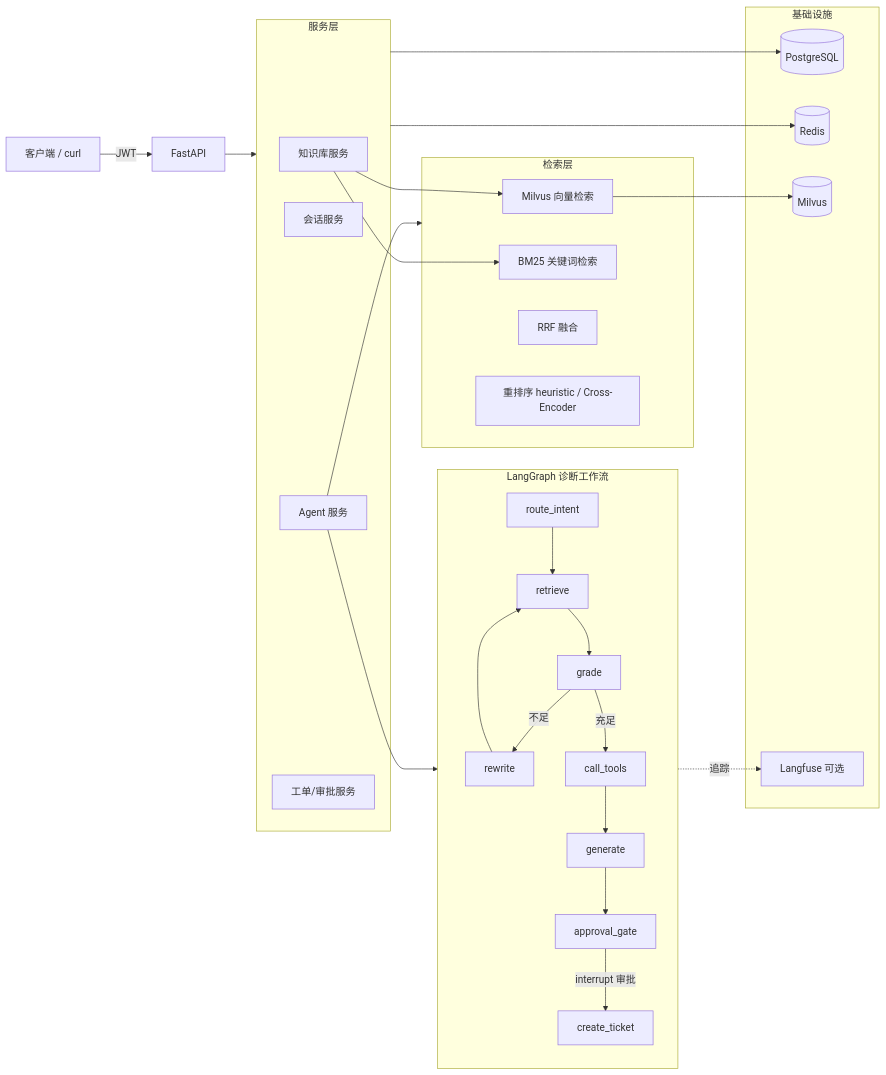
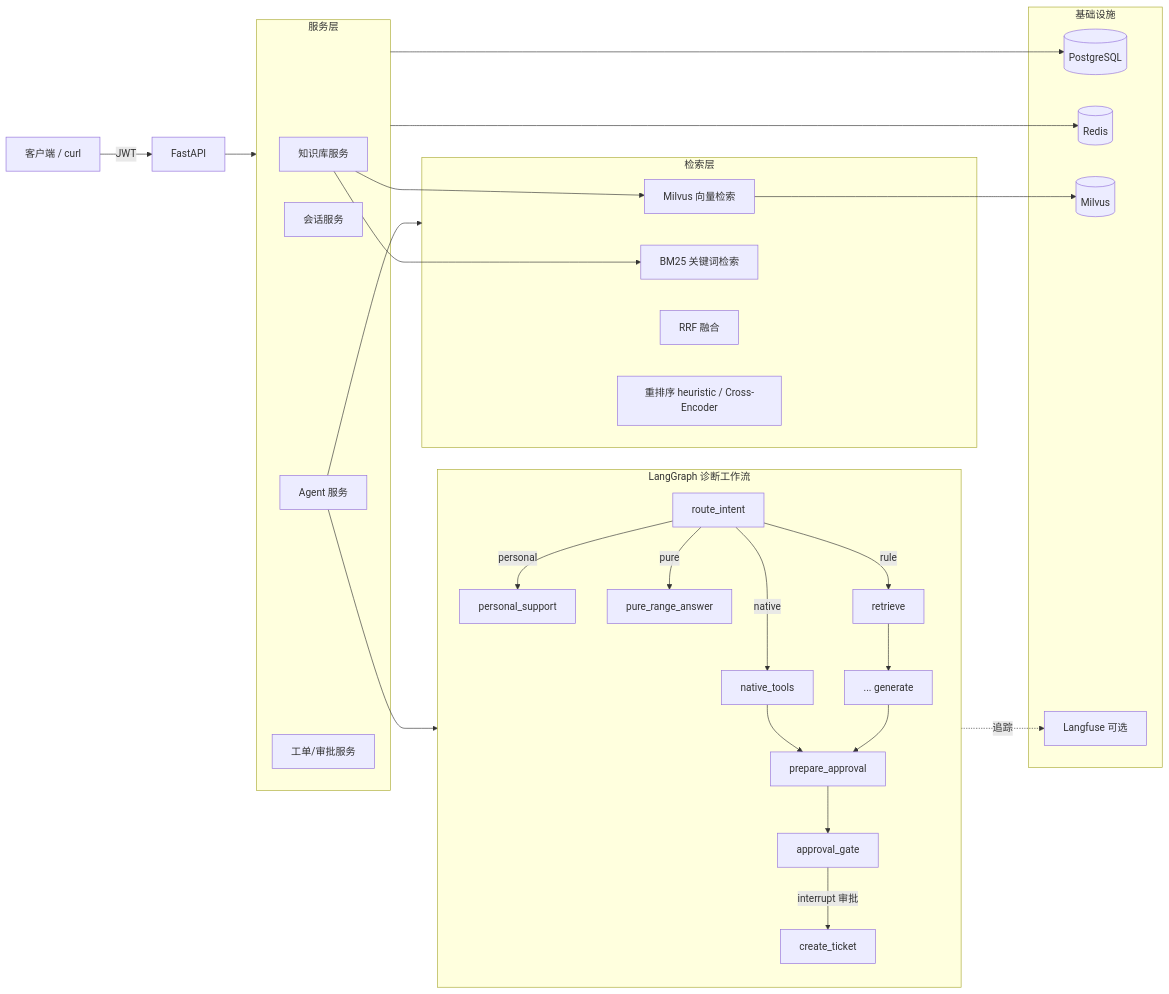
One commit to twi66li/OpsPilot changed the first of 2 diagrams in docs/ARCHITECTURE.md. Above: the diagram before and after it, drawn with Mermaid. The commit also changed other lines of this file and 65 other files, not shown here.

````diff
--- a/docs/ARCHITECTURE.md
+++ b/docs/ARCHITECTURE.md
@@ -5,36 +5,37 @@
 ```mermaid
 flowchart LR
     Client[客户端 / curl] -->|JWT| API[FastAPI]
     subgraph Services[服务层]
         KB[知识库服务] 
         CHAT[会话服务]
         AGENT[Agent 服务]
         TICKET[工单/审批服务]
     end
     API --> Services
     subgraph RAG[检索层]
         VEC[Milvus 向量检索]
         BM25[BM25 关键词检索]
         FUSE[RRF 融合]
         RERANK[重排序 heuristic / Cross-Encoder]
     end
     KB --> VEC & BM25
     AGENT --> RAG
     subgraph GRAPH[LangGraph 诊断工作流]
-        RI[route_intent] --> RET[retrieve] --> GR[grade]
-        GR -->|不足| RW[rewrite] --> RET
-        GR -->|充足| TOOLS[call_tools] --> GEN[generate] --> AG[approval_gate]
-        AG -->|interrupt 审批| CT[create_ticket]
+        RI[route_intent] -->|personal| PS[personal_support]
+        RI -->|native| NT[native_tools] --> PA[prepare_approval]
+        RI -->|pure| PR[pure_range_answer]
+        RI -->|rule| RET[retrieve] --> GEN[... generate] --> PA
+        PA --> AG[approval_gate] -->|interrupt 审批| CT[create_ticket]
     end
     AGENT --> GRAPH
     subgraph INFRA[基础设施]
         DB[(PostgreSQL)]
         REDIS[(Redis)]
         MILVUSDB[(Milvus)]
         LF[Langfuse 可选]
     end
     Services --> DB
     VEC --> MILVUSDB
     Services --> REDIS
     GRAPH -.追踪.-> LF
 ```
````
